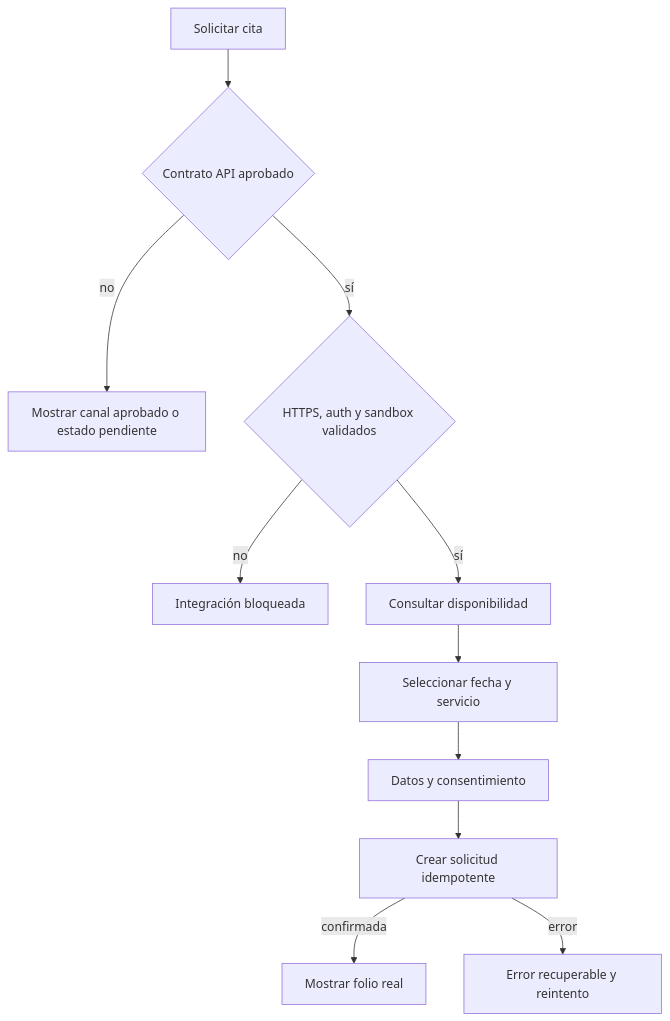
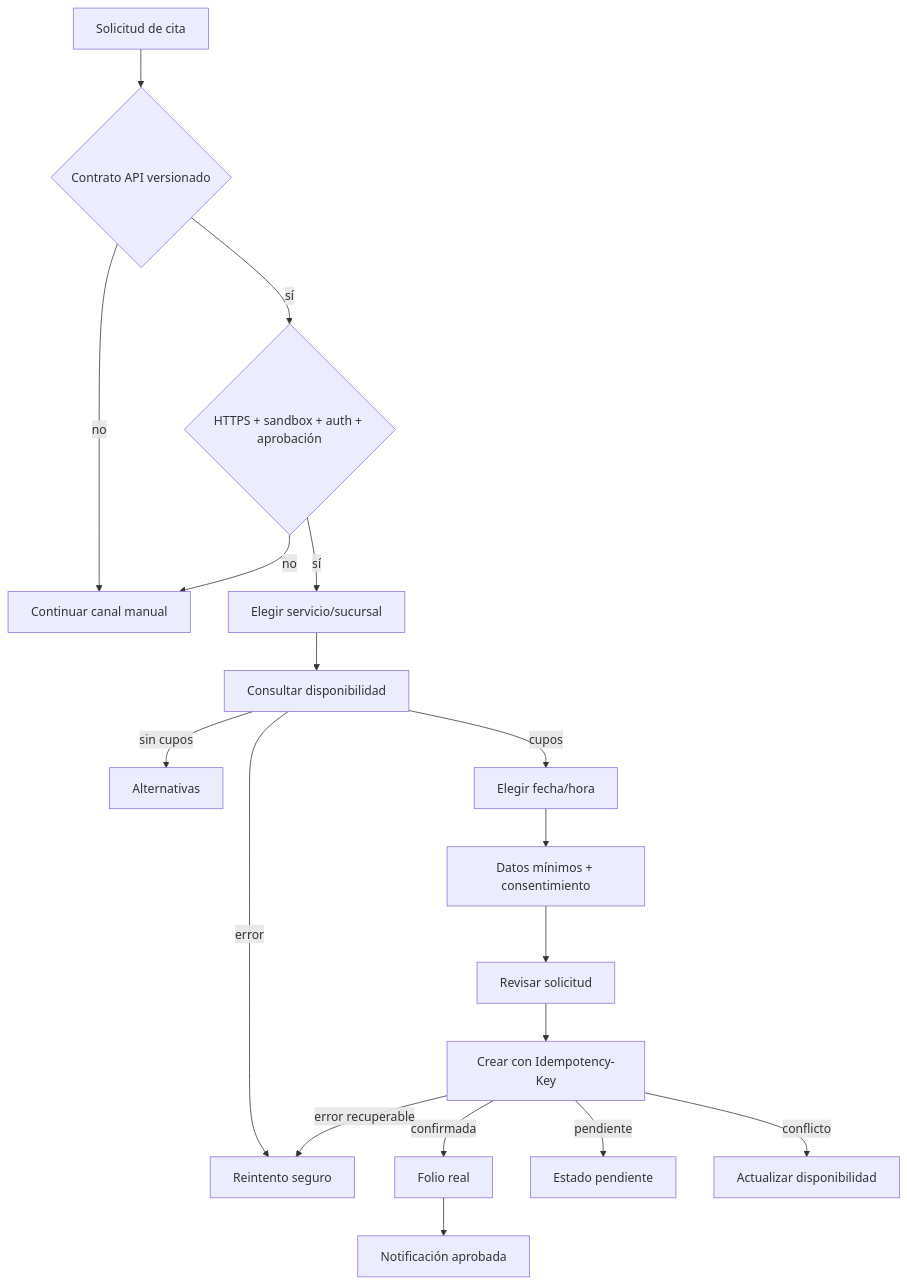
One commit to LORDMANUEL/vcards-qr-suite-V2 changed the seventh of 12 diagrams in docs/v2/APP_FLOW.md. Above: the diagram before and after it, drawn with Mermaid. The commit also changed other lines of this file and 3 other files, not shown here.

Commit message:
Expand product UX and full system flows

````diff
--- a/docs/v2/APP_FLOW.md
+++ b/docs/v2/APP_FLOW.md
@@ -107,13 +158,20 @@
 ```mermaid
 flowchart TD
-    CTA[Solicitar cita] --> CONTRACT{Contrato API aprobado}
-    CONTRACT -->|no| INFO[Mostrar canal aprobado o estado pendiente]
-    CONTRACT -->|sí| HTTPS{HTTPS, auth y sandbox validados}
-    HTTPS -->|no| BLOCK[Integración bloqueada]
-    HTTPS -->|sí| AVAIL[Consultar disponibilidad]
-    AVAIL --> SELECT[Seleccionar fecha y servicio]
-    SELECT --> CONSENT[Datos y consentimiento]
-    CONSENT --> CREATE[Crear solicitud idempotente]
-    CREATE -->|confirmada| CONFIRM[Mostrar folio real]
-    CREATE -->|error| RETRY[Error recuperable y reintento]
+  START[Solicitud de cita] --> CONTRACT{Contrato API versionado}
+  CONTRACT -->|no| STOP[Continuar canal manual]
+  CONTRACT -->|sí| GATES{HTTPS + sandbox + auth + aprobación}
+  GATES -->|no| STOP
+  GATES -->|sí| SERVICE[Elegir servicio/sucursal]
+  SERVICE --> AVAIL[Consultar disponibilidad]
+  AVAIL -->|sin cupos| EMPTY[Alternativas]
+  AVAIL -->|error| RETRY[Reintento seguro]
+  AVAIL -->|cupos| SLOT[Elegir fecha/hora]
+  SLOT --> DATA[Datos mínimos + consentimiento]
+  DATA --> REVIEW[Revisar solicitud]
+  REVIEW --> CREATE[Crear con Idempotency-Key]
+  CREATE -->|confirmada| CONFIRM[Folio real]
+  CREATE -->|pendiente| PENDING[Estado pendiente]
+  CREATE -->|conflicto| REFRESH[Actualizar disponibilidad]
+  CREATE -->|error recuperable| RETRY
+  CONFIRM --> NOTIFY[Notificación aprobada]
 ```
````
